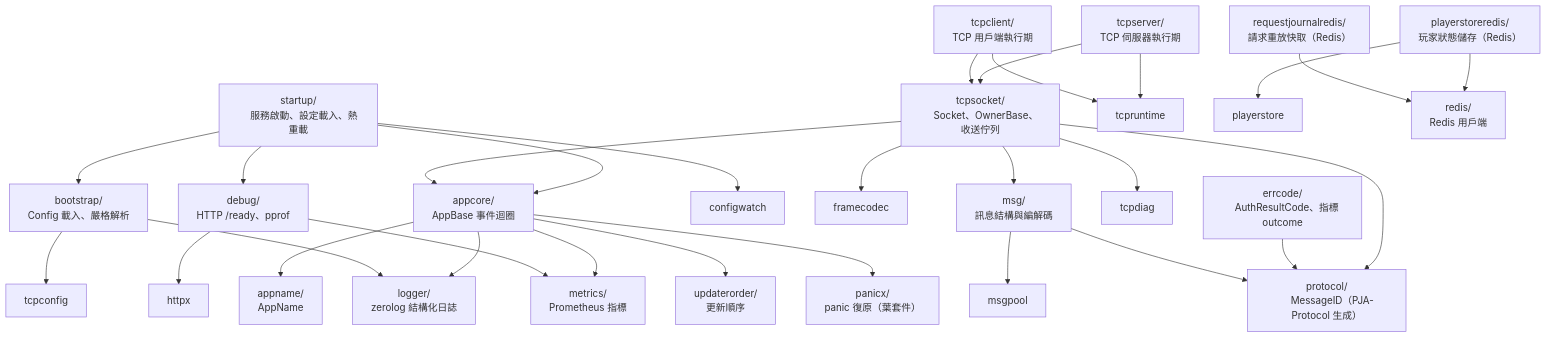
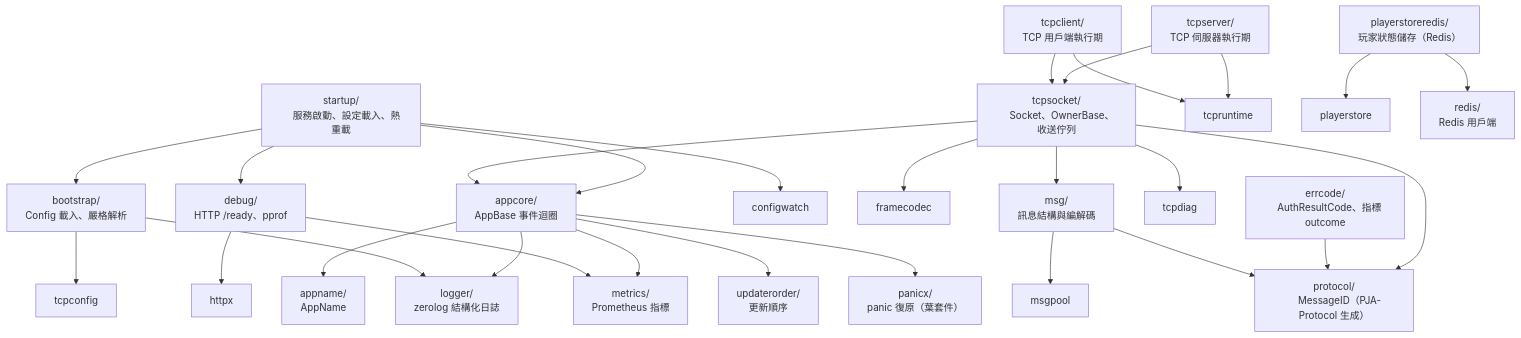
One commit to koebel0521/docs changed the second of 2 diagrams in 00-導讀/模組關係.md. Above: the diagram before and after it, drawn with Mermaid. The commit also changed other lines of this file and 7 other files, not shown here.

````diff
--- a/00-導讀/模組關係.md
+++ b/00-導讀/模組關係.md
@@ -68,64 +68,62 @@
 ```mermaid
 graph TD
     startup["startup/
     服務啟動、設定載入、熱重載"] --> appcore
     startup --> bootstrap
     startup --> debug
     startup --> configwatch
 
     tcpserver["tcpserver/
     TCP 伺服器執行期"] --> tcpsocket
     tcpserver --> tcpruntime
     tcpclient["tcpclient/
     TCP 用戶端執行期"] --> tcpsocket
     tcpclient --> tcpruntime
     tcpsocket["tcpsocket/
     Socket、OwnerBase、收送佇列"] --> framecodec
     tcpsocket --> msg
     tcpsocket --> protocol
     tcpsocket --> tcpdiag
     tcpsocket --> appcore
 
     appcore["appcore/
     AppBase 事件迴圈"] --> appname
     appcore --> updaterorder
     appcore --> metrics
     appcore --> logger
     appcore --> panicx
 
     errcode["errcode/
     AuthResultCode、指標 outcome"] --> protocol
 
     msg["msg/
     訊息結構與編解碼"] --> protocol
     msg --> msgpool
 
     bootstrap["bootstrap/
     Config 載入、嚴格解析"] --> tcpconfig
     bootstrap --> logger
 
     playerstoreredis["playerstoreredis/
     玩家狀態儲存（Redis）"] --> playerstore
     playerstoreredis --> redis
-    requestjournalredis["requestjournalredis/
-    請求重放快取（Redis）"] --> redis
 
     debug["debug/
     HTTP /ready、pprof"] --> httpx
     debug --> metrics
 
     redis["redis/
     Redis 用戶端"]
     metrics["metrics/
     Prometheus 指標"]
     logger["logger/
     zerolog 結構化日誌"]
     appname["appname/
     AppName"]
     updaterorder["updaterorder/
     更新順序"]
     panicx["panicx/
     panic 復原（葉套件）"]
     protocol["protocol/
     MessageID（PJA-Protocol 生成）"]
 ```
````
